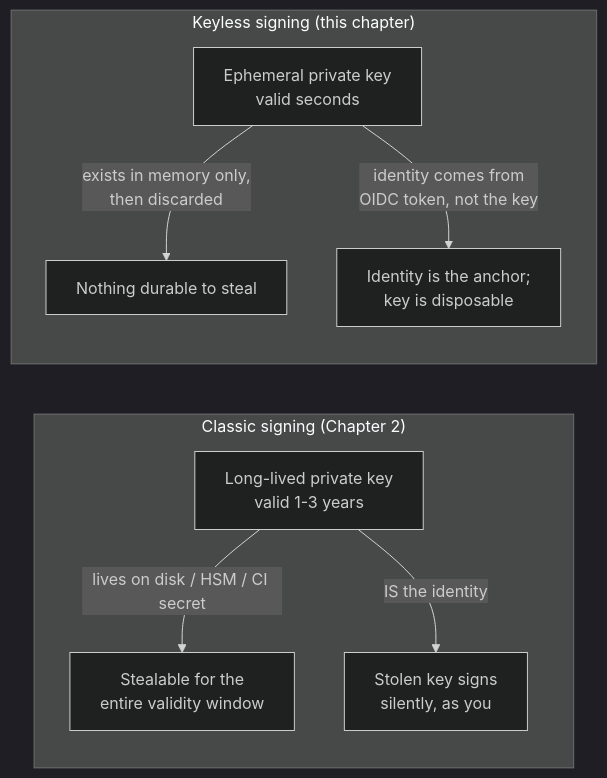
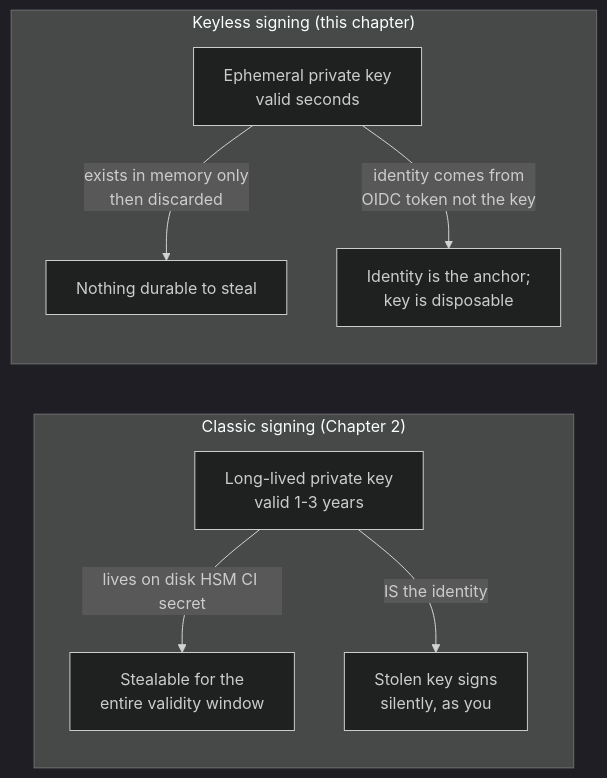
The first of 7 diagrams in book-05-signing-attestation/ch04-keyless-signing.md (bumbsclaw/textbooks), drawn with Mermaid (dark theme) before and after one commit. The commit also changed other lines of this file and 173 other files, not shown here.

First line of the commit message:
fix(mermaid): close note brackets, semicolons in Notes, stateDiagram br -> dash, edge parens

````diff
--- a/book-05-signing-attestation/ch04-keyless-signing.md
+++ b/book-05-signing-attestation/ch04-keyless-signing.md
@@ -70,13 +70,13 @@
 ```mermaid
 flowchart LR
   subgraph classic["Classic signing (Chapter 2)"]
     K1["Long-lived private key<br/>valid 1-3 years"]
-    K1 -->|"lives on disk / HSM / CI secret"| STEAL["Stealable for the<br/>entire validity window"]
+    K1 -->|"lives on disk HSM CI secret"| STEAL["Stealable for the<br/>entire validity window"]
     K1 -->|"IS the identity"| SILENT["Stolen key signs<br/>silently, as you"]
   end
   subgraph keyless["Keyless signing (this chapter)"]
     E1["Ephemeral private key<br/>valid seconds"]
-    E1 -->|"exists in memory only,<br/>then discarded"| NOTHING["Nothing durable to steal"]
-    E1 -->|"identity comes from<br/>OIDC token, not the key"| IDENT["Identity is the anchor;<br/>key is disposable"]
+    E1 -->|"exists in memory only <br >then discarded"| NOTHING["Nothing durable to steal"]
+    E1 -->|"identity comes from<br >OIDC token not the key"| IDENT["Identity is the anchor;<br/>key is disposable"]
   end
 ```
````
